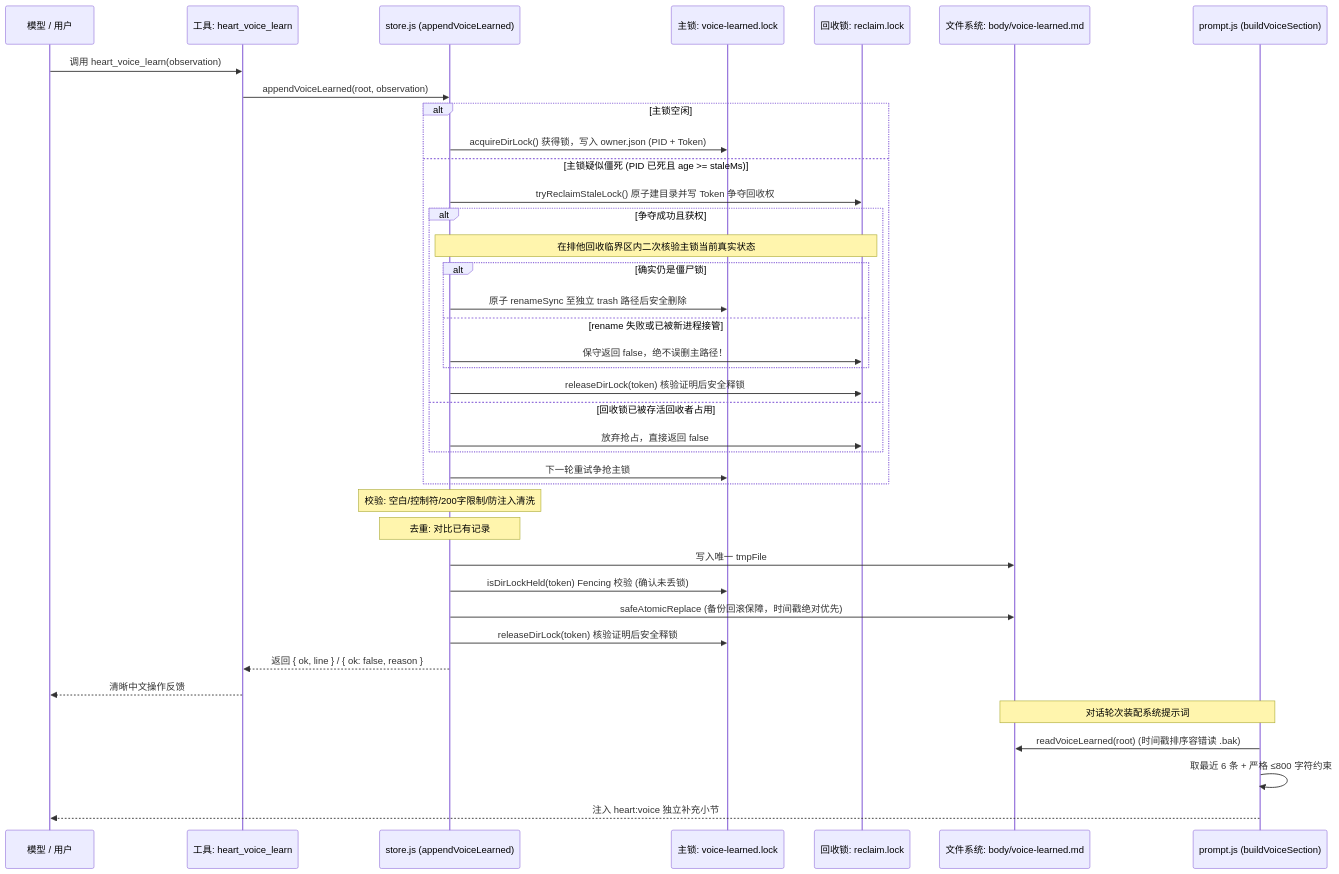
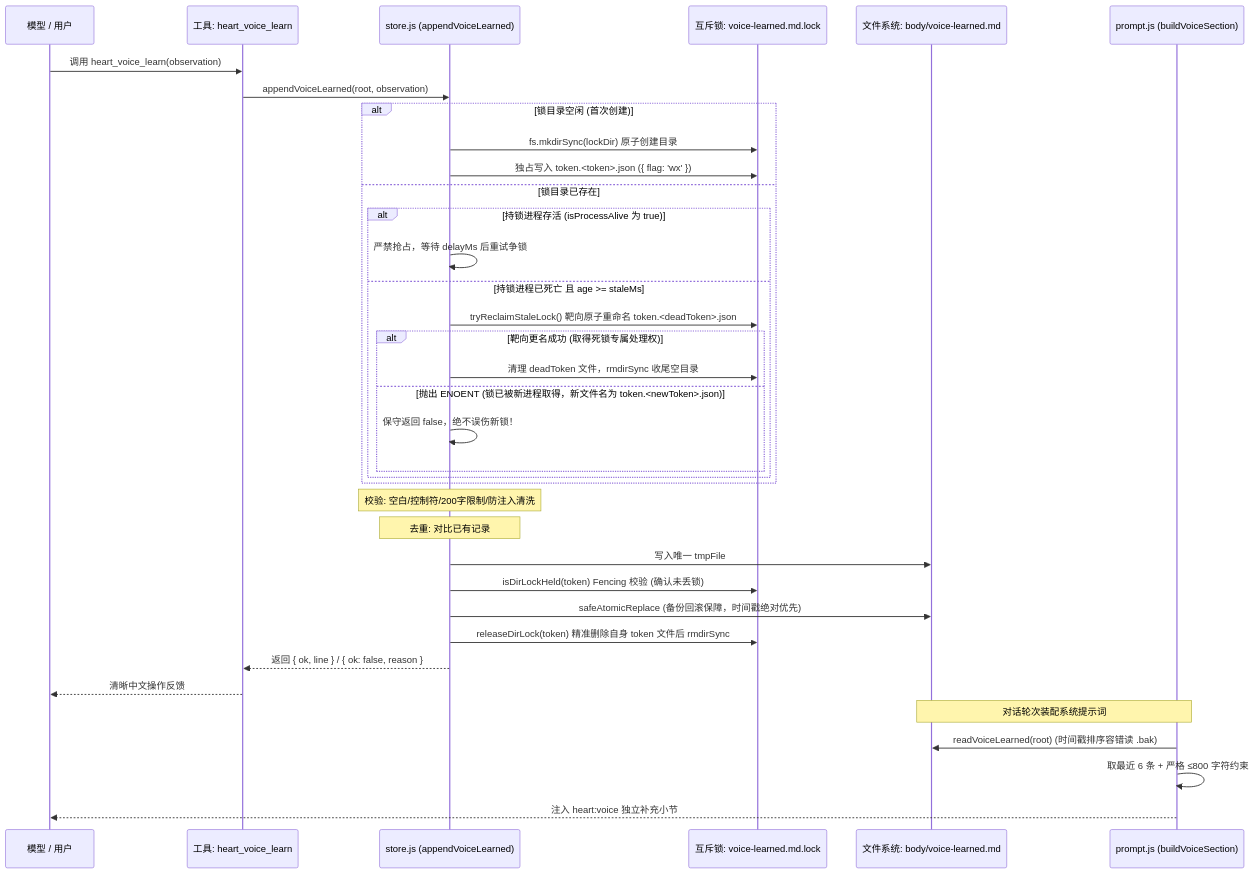
Before and after one commit to kirigayakazima/dsh-heart: the diagram in docs/step1-voice-evolution-review.md, drawn with Mermaid. The commit also changed other lines of this file and 2 other files, not shown here.

Commit message:
fix(voice): 采用靶向Token状态迁移彻底消除次级锁竞态，闭环初始化挂起窗口并增加确定性IPC测试

````diff
--- a/docs/step1-voice-evolution-review.md
+++ b/docs/step1-voice-evolution-review.md
@@ -38,44 +38,41 @@
 ```mermaid
 sequenceDiagram
     participant Agent as 模型 / 用户
     participant Tool as 工具: heart_voice_learn
     participant Store as store.js (appendVoiceLearned)
-    participant Lock as 主锁: voice-learned.lock
-    participant RecLock as 回收锁: reclaim.lock
+    participant Lock as 互斥锁: voice-learned.md.lock
     participant FS as 文件系统: body/voice-learned.md
     participant Prompt as prompt.js (buildVoiceSection)
 
     Agent->>Tool: 调用 heart_voice_learn(observation)
     Tool->>Store: appendVoiceLearned(root, observation)
-    alt 主锁空闲
-        Store->>Lock: acquireDirLock() 获得锁，写入 owner.json (PID + Token)
-    else 主锁疑似僵死 (PID 已死且 age >= staleMs)
-        Store->>RecLock: tryReclaimStaleLock() 原子建目录并写 Token 争夺回收权
-        alt 争夺成功且获权
-            Note over Store,RecLock: 在排他回收临界区内二次核验主锁当前真实状态
-            alt 确实仍是僵尸锁
-                Store->>Lock: 原子 renameSync 至独立 trash 路径后安全删除
-            else rename 失败或已被新进程接管
-                Store->>RecLock: 保守返回 false，绝不误删主路径！
+    alt 锁目录空闲 (首次创建)
+        Store->>Lock: fs.mkdirSync(lockDir) 原子创建目录
+        Store->>Lock: 独占写入 token.<token>.json ({ flag: 'wx' })
+    else 锁目录已存在
+        alt 持锁进程存活 (isProcessAlive 为 true)
+            Store->>Store: 严禁抢占，等待 delayMs 后重试争锁
+        else 持锁进程已死亡 且 age >= staleMs
+            Store->>Lock: tryReclaimStaleLock() 靶向原子重命名 token.<deadToken>.json
+            alt 靶向更名成功 (取得死锁专属处理权)
+                Store->>Lock: 清理 deadToken 文件，rmdirSync 收尾空目录
+            else 抛出 ENOENT (锁已被新进程取得，新文件名为 token.<newToken>.json)
+                Store->>Store: 保守返回 false，绝不误伤新锁！
             end
-            Store->>RecLock: releaseDirLock(token) 核验证明后安全释锁
-        else 回收锁已被存活回收者占用
-            Store->>RecLock: 放弃抢占，直接返回 false
         end
-        Store->>Lock: 下一轮重试争抢主锁
     end
 
     Note over Store: 校验: 空白/控制符/200字限制/防注入清洗
     Note over Store: 去重: 对比已有记录
     Store->>FS: 写入唯一 tmpFile
     Store->>Lock: isDirLockHeld(token) Fencing 校验 (确认未丢锁)
     Store->>FS: safeAtomicReplace (备份回滚保障，时间戳绝对优先)
-    Store->>Lock: releaseDirLock(token) 核验证明后安全释锁
+    Store->>Lock: releaseDirLock(token) 精准删除自身 token 文件后 rmdirSync
     Store-->>Tool: 返回 { ok, line } / { ok: false, reason }
     Tool-->>Agent: 清晰中文操作反馈
 
     Note over Prompt,FS: 对话轮次装配系统提示词
     Prompt->>FS: readVoiceLearned(root) (时间戳排序容错读 .bak)
     Prompt->>Prompt: 取最近 6 条 + 严格 ≤800 字符约束
     Prompt-->>Agent: 注入 heart:voice 独立补充小节
 ```
````
